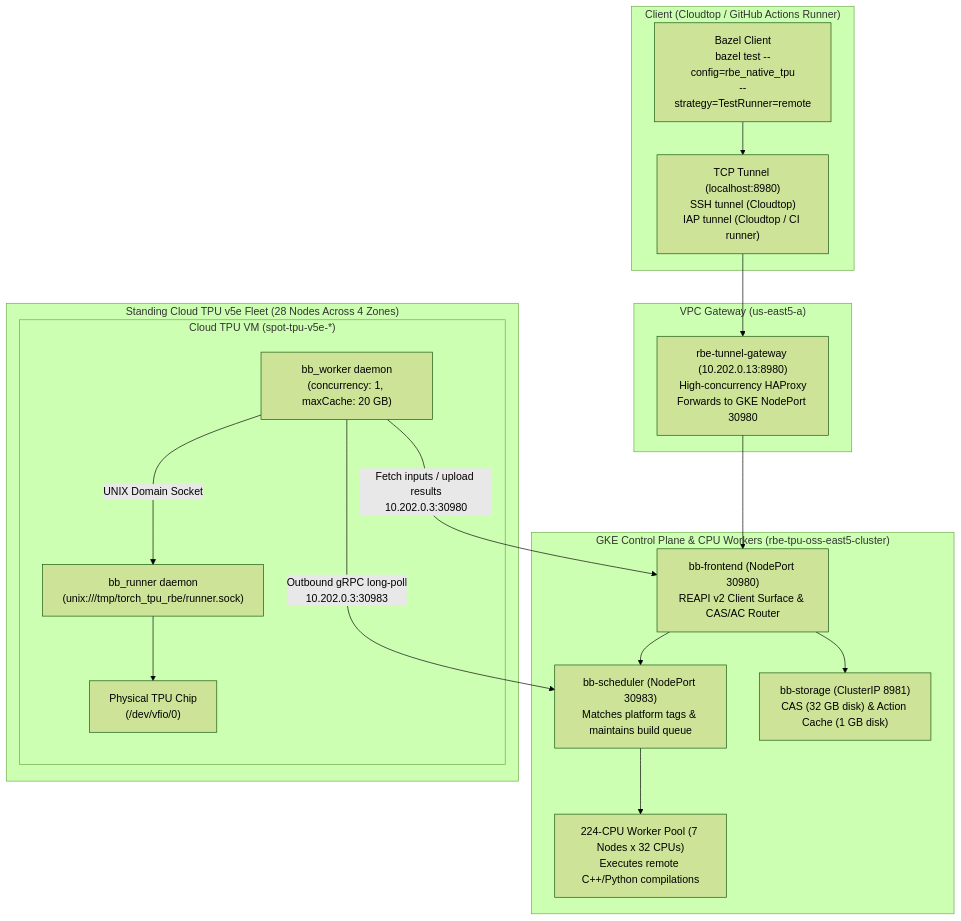
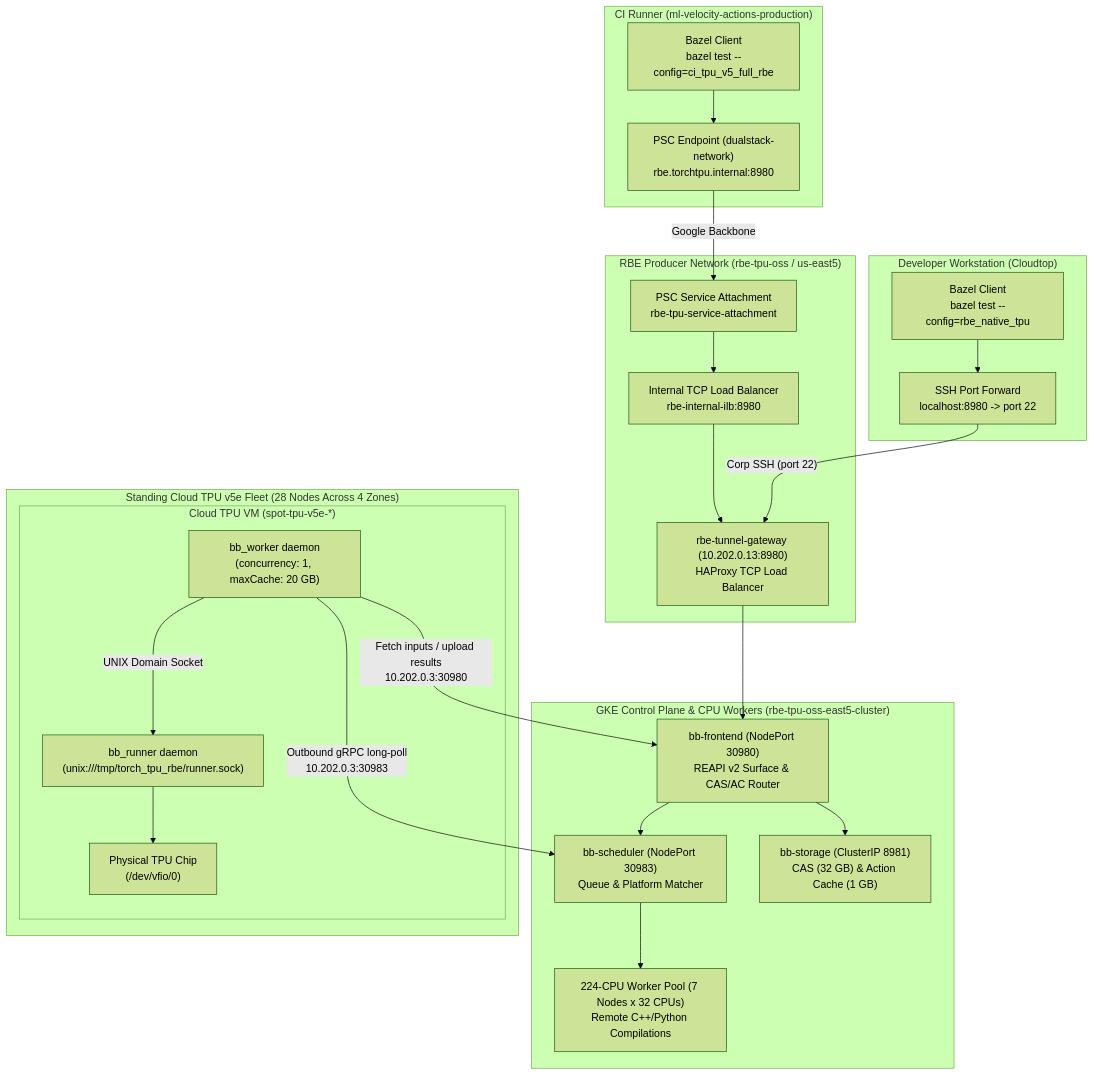
Before and after one commit to google-pytorch/torch_tpu: the diagram in docs/NATIVE_RBE_ARCHITECTURE.md, drawn with Mermaid (forest theme). The commit also changed other lines of this file and 2 other files, not shown here.

Commit message:
ci: switch to Private Service Connect endpoint and update architecture docs

````diff
--- a/docs/NATIVE_RBE_ARCHITECTURE.md
+++ b/docs/NATIVE_RBE_ARCHITECTURE.md
@@ -32,38 +32,50 @@
 ```mermaid
 flowchart TD
-    subgraph Client ["Client (Cloudtop / GitHub Actions Runner)"]
-        Bazel["Bazel Client<br/>bazel test --config=rbe_native_tpu<br/>--strategy=TestRunner=remote"]
-        Tunnel["TCP Tunnel (localhost:8980)<br/>SSH tunnel (Cloudtop)<br/>IAP tunnel (Cloudtop / CI runner)"]
-        Bazel --> Tunnel
+    subgraph CIRunner ["CI Runner (ml-velocity-actions-production)"]
+        BazelCI["Bazel Client<br/>bazel test --config=ci_tpu_v5_full_rbe"]
+        PSCEndpoint["PSC Endpoint (dualstack-network)<br/>rbe.torchtpu.internal:8980"]
+        BazelCI --> PSCEndpoint
     end
 
-    subgraph Gateway ["VPC Gateway (us-east5-a)"]
-        GW["rbe-tunnel-gateway (10.202.0.13:8980)<br/>High-concurrency HAProxy<br/>Forwards to GKE NodePort 30980"]
-        Tunnel --> GW
+    subgraph DevClient ["Developer Workstation (Cloudtop)"]
+        BazelDev["Bazel Client<br/>bazel test --config=rbe_native_tpu"]
+        SSHTunnel["SSH Port Forward<br/>localhost:8980 -> port 22"]
+        BazelDev --> SSHTunnel
+    end
+
+    subgraph ProducerVPC ["RBE Producer Network (rbe-tpu-oss / us-east5)"]
+        PSCSA["PSC Service Attachment<br/>rbe-tpu-service-attachment"]
+        ILB["Internal TCP Load Balancer<br/>rbe-internal-ilb:8980"]
+        GW["rbe-tunnel-gateway (10.202.0.13:8980)<br/>HAProxy TCP Load Balancer"]
+        
+        PSCEndpoint -->|"Google Backbone"| PSCSA
+        PSCSA --> ILB
+        ILB --> GW
+        SSHTunnel -->|"Corp SSH (port 22)"| GW
     end
 
     subgraph ControlPlane ["GKE Control Plane & CPU Workers (rbe-tpu-oss-east5-cluster)"]
-        FE["bb-frontend (NodePort 30980)<br/>REAPI v2 Client Surface & CAS/AC Router"]
-        SCHED["bb-scheduler (NodePort 30983)<br/>Matches platform tags & maintains build queue"]
-        STOR["bb-storage (ClusterIP 8981)<br/>CAS (32 GB disk) & Action Cache (1 GB disk)"]
-        CPUWorkers["224-CPU Worker Pool (7 Nodes x 32 CPUs)<br/>Executes remote C++/Python compilations"]
+        FE["bb-frontend (NodePort 30980)<br/>REAPI v2 Surface & CAS/AC Router"]
+        SCHED["bb-scheduler (NodePort 30983)<br/>Queue & Platform Matcher"]
+        STOR["bb-storage (ClusterIP 8981)<br/>CAS (32 GB) & Action Cache (1 GB)"]
+        CPUWorkers["224-CPU Worker Pool (7 Nodes x 32 CPUs)<br/>Remote C++/Python Compilations"]
 
         GW --> FE
         FE --> SCHED
         FE --> STOR
         SCHED --> CPUWorkers
     end
 
     subgraph Fleet ["Standing Cloud TPU v5e Fleet (28 Nodes Across 4 Zones)"]
         subgraph Node ["Cloud TPU VM (spot-tpu-v5e-*)"]
             Worker["bb_worker daemon<br/>(concurrency: 1, maxCache: 20 GB)"]
             Runner["bb_runner daemon<br/>(unix:///tmp/torch_tpu_rbe/runner.sock)"]
             Hardware["Physical TPU Chip<br/>(/dev/vfio/0)"]
 
             Worker -->|"Outbound gRPC long-poll<br/>10.202.0.3:30983"| SCHED
             Worker -->|"Fetch inputs / upload results<br/>10.202.0.3:30980"| FE
             Worker -->|"UNIX Domain Socket"| Runner
             Runner --> Hardware
         end
     end
 ```
````
